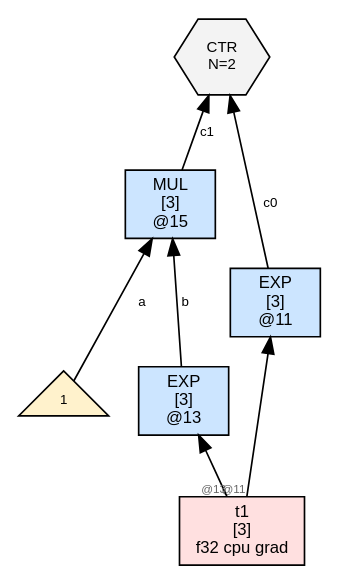
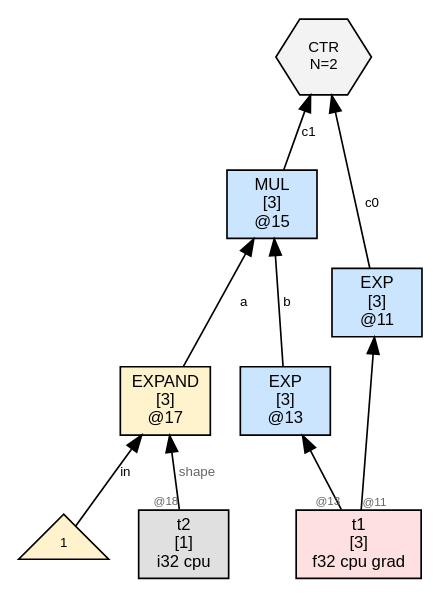
One commit to sw1sh/TinyHVM changed the diagram in wl/examples/thvm_graphs/grad_rules/exp/thvm_2_post_sweep.dot. Above: the diagram before and after it, drawn with Graphviz. The commit also changed 2087 other files, not shown here.

First line of the commit message:
grad: TEN matcher emits EXPAND(NUM, shape) for Jacobian leaves

```diff
--- a/wl/examples/thvm_graphs/grad_rules/exp/thvm_2_post_sweep.dot
+++ b/wl/examples/thvm_graphs/grad_rules/exp/thvm_2_post_sweep.dot
@@ -1,18 +1,22 @@
 digraph G {
   rankdir=BT;
   node [fontname="Helvetica", fontsize=10, style=filled, shape=box, margin="0.1,0.05"];
   edge [fontsize=8, fontname="Helvetica"];
 
   n11 [label="EXP\n[3]\n@11", shape=box, fillcolor="#cce5ff"];
   t1 [label="t1\n[3]\nf32 cpu grad",shape=box,fillcolor="#ffe0e0"];
   t1 -> n11 [label="",taillabel="@11",labelfontsize=7,fontcolor="#666666"];
   n15 [label="MUL\n[3]\n@15", shape=box, fillcolor="#cce5ff"];
-  num15_0 [label="1",shape=triangle,fillcolor="#fff2cc",fontsize=8];
-  num15_0 -> n15 [label="a"];
+  n17 -> n15 [label="a"];
   n13 -> n15 [label="b"];
   ctr6 [label="CTR\nN=2", shape=hexagon, fillcolor="#f3f3f3", fontsize=9];
   n11 -> ctr6 [label="c0"];
   n15 -> ctr6 [label="c1"];
+  n17 [label="EXPAND\n[3]\n@17", shape=box, fillcolor="#fff3cd"];
+  num17_0 [label="1",shape=triangle,fillcolor="#fff2cc",fontsize=8];
+  num17_0 -> n17 [label="in"];
+  t2 [label="t2\n[1]\ni32 cpu",shape=box,fillcolor="#e0e0e0"];
+  t2 -> n17 [label="shape",taillabel="@18",labelfontsize=7,fontcolor="#666666"];
   n13 [label="EXP\n[3]\n@13", shape=box, fillcolor="#cce5ff"];
   t1 -> n13 [label="",taillabel="@13",labelfontsize=7,fontcolor="#666666"];
 }
```
